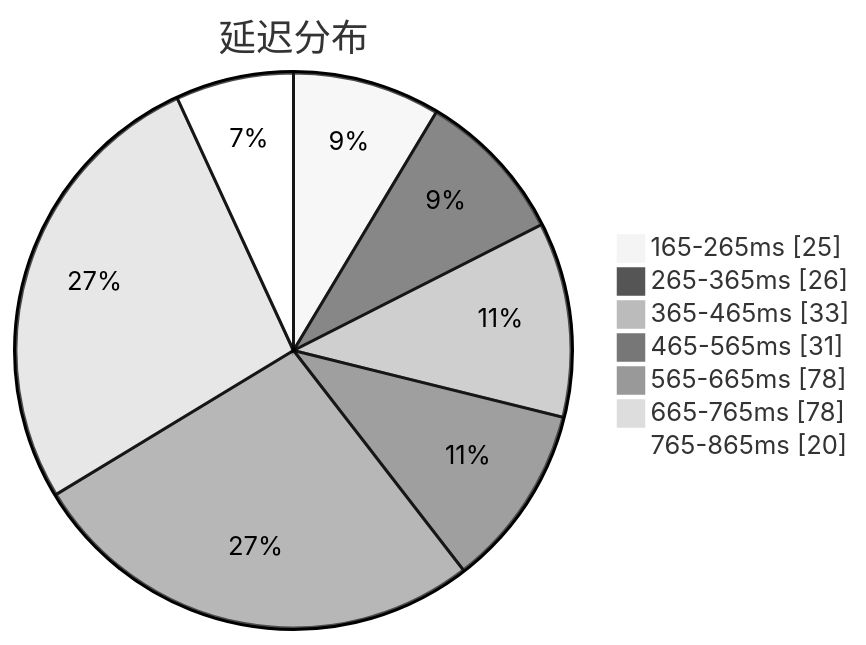
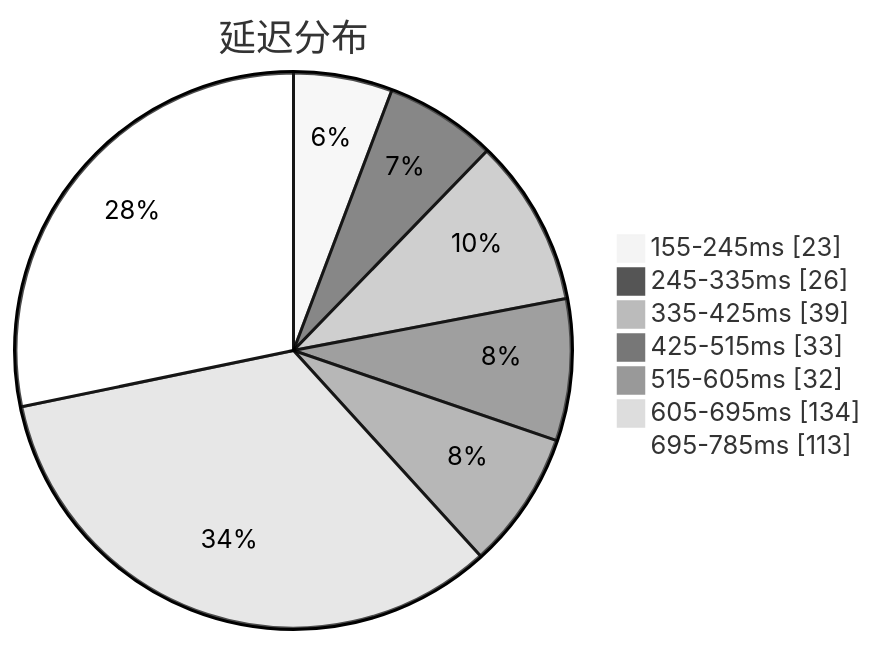
The first of 3 diagrams in subs/statistics/tested_within.md (qjlxg/airport), drawn with Mermaid (neutral theme) before and after one commit. The commit also changed other lines of this file and 2 other files, not shown here.

Commit message:
Tested by metaST

````diff
--- a/subs/statistics/tested_within.md
+++ b/subs/statistics/tested_within.md
@@ -2,11 +2,11 @@
 ```mermaid
 pie showData
 title 延迟分布
-"165-265ms" : 25
-"265-365ms" : 26
-"365-465ms" : 33
-"465-565ms" : 31
-"565-665ms" : 78
-"665-765ms" : 78
-"765-865ms" : 20
+"155-245ms" : 23
+"245-335ms" : 26
+"335-425ms" : 39
+"425-515ms" : 33
+"515-605ms" : 32
+"605-695ms" : 134
+"695-785ms" : 113
 ```
````
